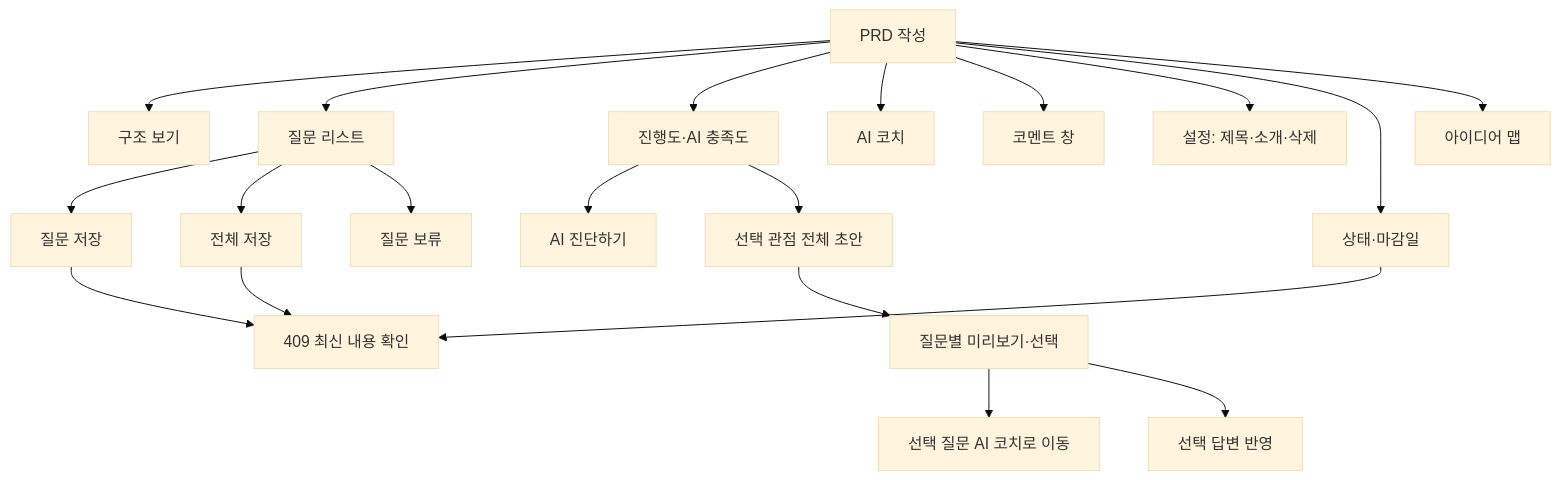
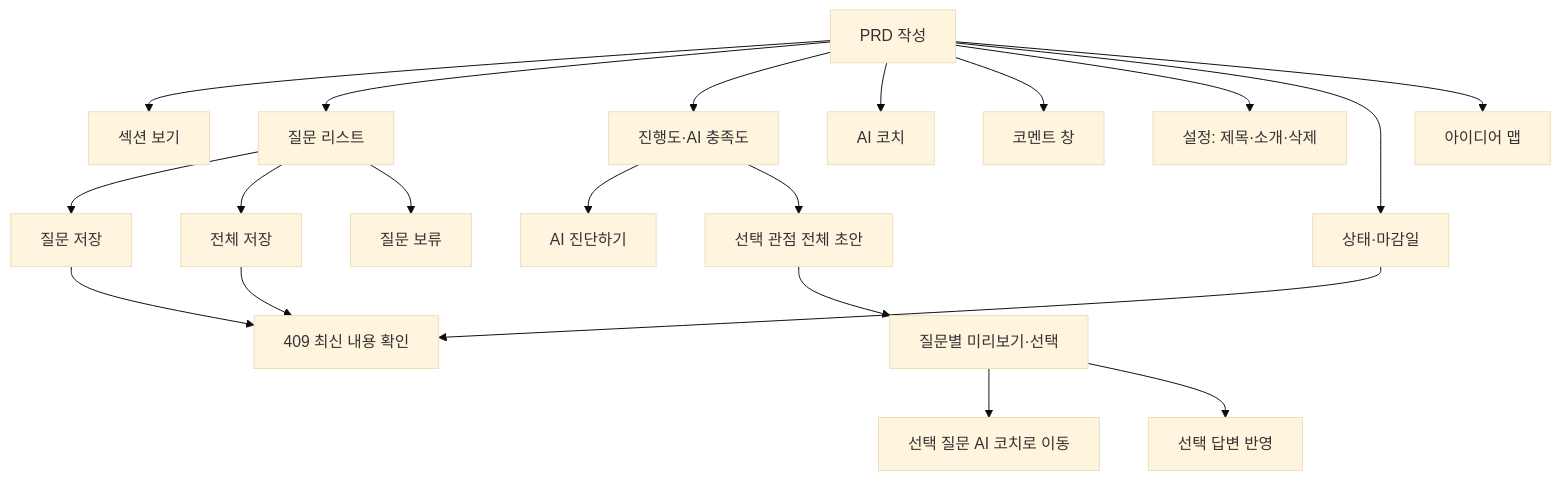
The fourth of 5 diagrams in docs/report/SCREEN_FLOW.md (KANT-2/idea-developer), drawn with Mermaid (base theme) before and after one commit. The commit also changed other lines of this file and 28 other files, not shown here.

````diff
--- a/docs/report/SCREEN_FLOW.md
+++ b/docs/report/SCREEN_FLOW.md
@@ -98,41 +98,41 @@
 ```mermaid
 flowchart TD
     Detail[PRD 작성]
-    Structure[구조 보기]
+    Structure[섹션 보기]
     Questions[질문 리스트]
     Progress[진행도·AI 충족도]
     Coach[AI 코치]
     Comments[코멘트 창]
     Settings[설정: 제목·소개·삭제]
     Metadata[상태·마감일]
     SaveOne[질문 저장]
     SaveAll[전체 저장]
     Hold[질문 보류]
     Diagnose[AI 진단하기]
     PerspectiveDraft[선택 관점 전체 초안]
     DraftPreview[질문별 미리보기·선택]
     DraftCoach[선택 질문 AI 코치로 이동]
     DraftApply[선택 답변 반영]
     Brain[아이디어 맵]
     Conflict[409 최신 내용 확인]
 
     Detail --> Structure
     Detail --> Questions
     Detail --> Progress
     Detail --> Coach
     Detail --> Comments
     Detail --> Settings
     Detail --> Metadata
     Questions --> SaveOne
     Questions --> SaveAll
     Questions --> Hold
     Progress --> Diagnose
     Progress --> PerspectiveDraft
     PerspectiveDraft --> DraftPreview
     DraftPreview --> DraftCoach
     DraftPreview --> DraftApply
     Detail --> Brain
     SaveOne --> Conflict
     SaveAll --> Conflict
     Metadata --> Conflict
 ```
````
